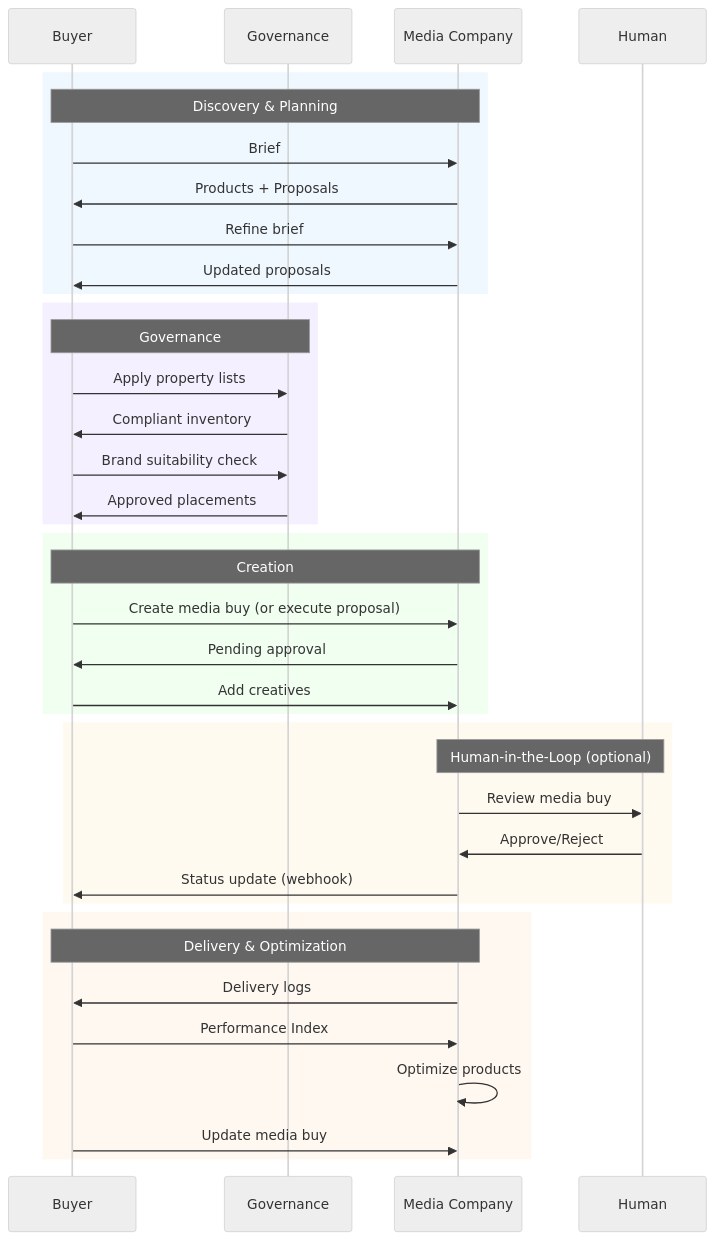
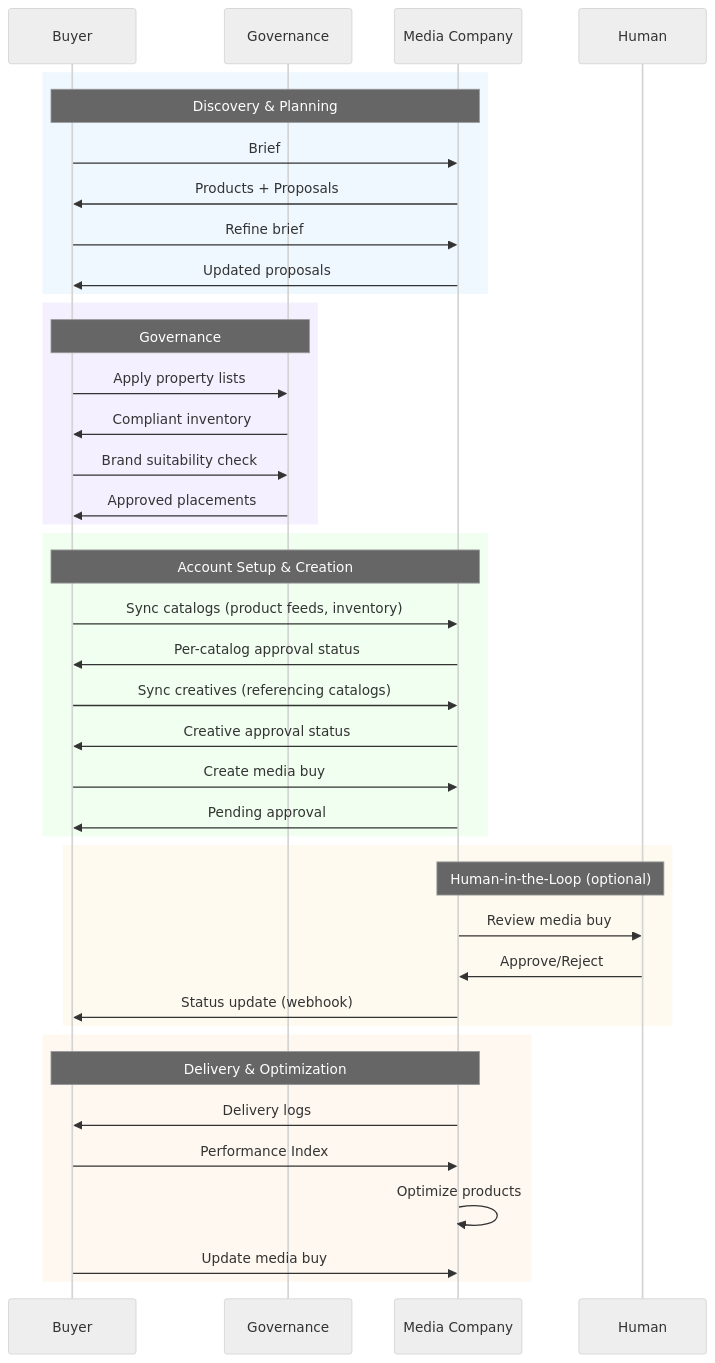
The diagram in docs/media-buy/index.mdx (adcontextprotocol/adcp), drawn with Mermaid (neutral theme) before and after one commit. The commit also changed other lines of this file and 31 other files, not shown here.

First line of the commit message:
feat: catalog-driven media buy lifecycle — replace product_selectors, add per-item delivery and store catchment targeting

````diff
--- a/docs/media-buy/index.mdx
+++ b/docs/media-buy/index.mdx
@@ -203,45 +206,48 @@
 ```mermaid
 sequenceDiagram
     participant P as Buyer
     participant G as Governance
     participant MC as Media Company
     participant H as Human
 
     rect rgb(240, 248, 255)
         Note over P,MC: Discovery & Planning
         P->>MC: Brief
         MC->>P: Products + Proposals
         P->>MC: Refine brief
         MC->>P: Updated proposals
     end
 
     rect rgb(245, 240, 255)
         Note over P,G: Governance
         P->>G: Apply property lists
         G->>P: Compliant inventory
         P->>G: Brand suitability check
         G->>P: Approved placements
     end
 
     rect rgb(240, 255, 240)
-        Note over P,MC: Creation
-        P->>MC: Create media buy (or execute proposal)
+        Note over P,MC: Account Setup & Creation
+        P->>MC: Sync catalogs (product feeds, inventory)
+        MC->>P: Per-catalog approval status
+        P->>MC: Sync creatives (referencing catalogs)
+        MC->>P: Creative approval status
+        P->>MC: Create media buy
         MC->>P: Pending approval
-        P->>MC: Add creatives
     end
 
     rect rgb(255, 250, 240)
         Note over MC,H: Human-in-the-Loop (optional)
         MC->>H: Review media buy
         H->>MC: Approve/Reject
         MC->>P: Status update (webhook)
     end
 
     rect rgb(255, 248, 240)
         Note over P,MC: Delivery & Optimization
         MC->>P: Delivery logs
         P->>MC: Performance Index
         MC->>MC: Optimize products
         P->>MC: Update media buy
     end
 ```
````
